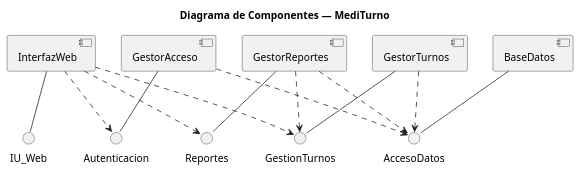
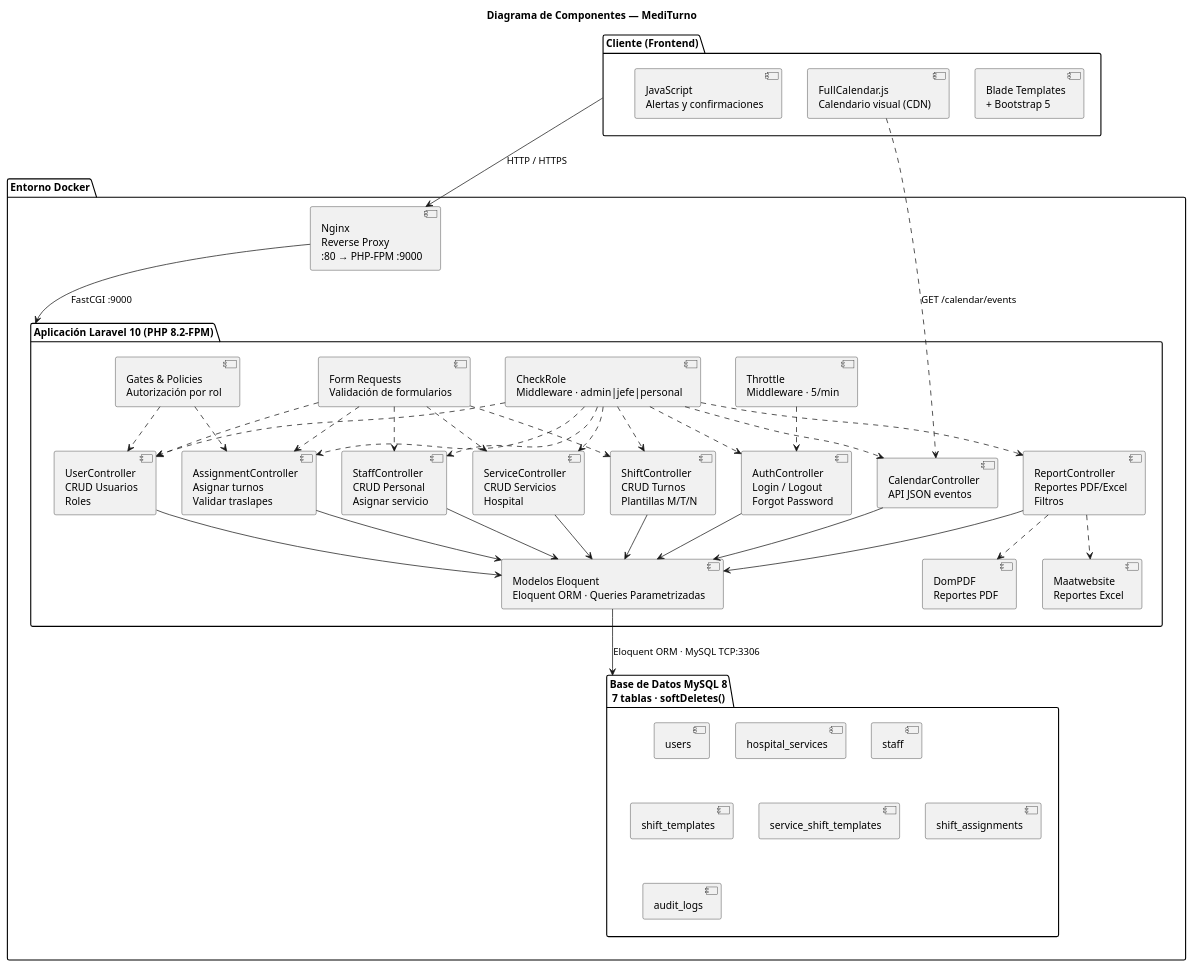
Before and after one commit to BladyLuna/MediTurno: the diagram in .ai/diagrams/01-general/04-component-plantuml.puml, drawn with PlantUML. The commit also changed 6 other files, not shown here.

First line of the commit message:
docs: redraw component diagram with detailed implementation view (Nginx/Docker/controllers)

```diff
--- a/.ai/diagrams/01-general/04-component-plantuml.puml
+++ b/.ai/diagrams/01-general/04-component-plantuml.puml
@@ -1,52 +1,117 @@
 @startuml
-' Evidence: .ai/analysis/system-overview/class-traceability.md; .ai/analysis/modules/*/08-models.md; .ai/knowledge-base/features.md; .ai/knowledge-base/decisions.md
-' Notación UML de componentes según consigna (Diagramas_de_Componentes.pptx, slide 7/8).
-' Componentes lógicos agrupados desde el diagrama de clases del dominio.
+' Evidence: .ai/diagrams/componentes/04-component-MediTurno.{html,svg,png,pdf} (versión gráfica detallada);
+'           .ai/analysis/system-overview/class-traceability.md; .ai/knowledge-base/features.md
+' Notación UML de componentes según consigna (Diagramas_de_Componentes.pptx).
+' Representación detallada de implementación: frontend, middleware, controladores, modelos y tablas.
 skinparam backgroundColor #FFFFFF
 skinparam shadowing false
 skinparam componentStyle uml2
 skinparam defaultFontName Helvetica
 skinparam componentArrowThickness 1
 title Diagrama de Componentes — MediTurno
 
 ' ─────────────────────────────────────────────────────────
-' COMPONENTES LÓGICOS DEL DOMINIO
+' CLIENTE (FRONTEND) — componente lógico InterfazWeb
 ' ─────────────────────────────────────────────────────────
-[InterfazWeb] as web
-[GestorAcceso] as acceso
-[GestorTurnos] as turnos
-[GestorReportes] as reportes
-[BaseDatos] as db
+package "Cliente (Frontend)" as frontend {
+  component "Blade Templates\n+ Bootstrap 5" as blade
+  component "FullCalendar.js\nCalendario visual (CDN)" as fullcalendar
+  component "JavaScript\nAlertas y confirmaciones" as js
+}
 
 ' ─────────────────────────────────────────────────────────
-' INTERFACES PROVISTAS
+' INFRAESTRUCTURA DOCKER
 ' ─────────────────────────────────────────────────────────
-() "IU_Web" as iu_web
-() "Autenticacion" as auth_api
-() "GestionTurnos" as turnos_api
-() "Reportes" as reportes_api
-() "AccesoDatos" as db_api
+package "Entorno Docker" as docker_env {
+
+  ' --- Reverse proxy ---
+  component "Nginx\nReverse Proxy\n:80 → PHP-FPM :9000" as nginx
+
+  ' --- Aplicación Laravel ---
+  package "Aplicación Laravel 10 (PHP 8.2-FPM)" as laravel {
+
+    ' Controladores (lógica HTTP)
+    component "AuthController\nLogin / Logout\nForgot Password" as auth_ctrl
+    component "UserController\nCRUD Usuarios\nRoles" as user_ctrl
+    component "ServiceController\nCRUD Servicios\nHospital" as svc_ctrl
+    component "StaffController\nCRUD Personal\nAsignar servicio" as staff_ctrl
+    component "ShiftController\nCRUD Turnos\nPlantillas M/T/N" as shift_ctrl
+    component "AssignmentController\nAsignar turnos\nValidar traslapes" as assign_ctrl
+    component "CalendarController\nAPI JSON eventos" as cal_ctrl
+    component "ReportController\nReportes PDF/Excel\nFiltros" as rep_ctrl
+
+    ' Librerías externas
+    component "DomPDF\nReportes PDF" as dompdf
+    component "Maatwebsite\nReportes Excel" as maat
+
+    ' Seguridad transversal
+    component "CheckRole\nMiddleware · admin|jefe|personal" as checkrole
+    component "Throttle\nMiddleware · 5/min" as throttle
+    component "Gates & Policies\nAutorización por rol" as gates
+    component "Form Requests\nValidación de formularios" as formreq
+
+    ' Acceso a datos
+    component "Modelos Eloquent\nEloquent ORM · Queries Parametrizadas" as models
+  }
+
+  ' --- Base de datos ---
+  package "Base de Datos MySQL 8\n7 tablas · softDeletes()" as mysql {
+    component "users" as t_users
+    component "hospital_services" as t_services
+    component "staff" as t_staff
+    component "shift_templates" as t_shift_tpl
+    component "service_shift_templates" as t_svc_shift_tpl
+    component "shift_assignments" as t_shift_assign
+    component "audit_logs" as t_audit
+  }
+}
 
 ' ─────────────────────────────────────────────────────────
-' CONEXIÓN COMPONENTE → INTERFAZ PROVISTA (línea sólida)
+' CONEXIONES
 ' ─────────────────────────────────────────────────────────
-web -- iu_web
-acceso -- auth_api
-turnos -- turnos_api
-reportes -- reportes_api
-db -- db_api
 
-' ─────────────────────────────────────────────────────────
-' DEPENDENCIAS (línea punteada: componente requiere interfaz)
-' ─────────────────────────────────────────────────────────
-web ..> auth_api
-web ..> turnos_api
-web ..> reportes_api
+' Comunicación HTTP/HTTPS: cliente → Nginx
+frontend --> nginx : HTTP / HTTPS
 
-acceso ..> db_api
-turnos ..> db_api
-reportes ..> db_api
+' Nginx → Laravel por FastCGI
+nginx --> laravel : FastCGI :9000
 
-reportes ..> turnos_api
+' Endpoint JSON del calendario
+fullcalendar ..> cal_ctrl : GET /calendar/events
+
+' Controladores → Modelos (Eloquent ORM)
+auth_ctrl --> models
+user_ctrl --> models
+svc_ctrl --> models
+staff_ctrl --> models
+shift_ctrl --> models
+assign_ctrl --> models
+cal_ctrl --> models
+rep_ctrl --> models
+
+' Reportes → librerías externas
+rep_ctrl ..> dompdf
+rep_ctrl ..> maat
+
+' Modelos → Base de datos
+models --> mysql : Eloquent ORM · MySQL TCP:3306
+
+' Seguridad transversal (dependencias punteadas)
+checkrole ..> auth_ctrl
+checkrole ..> user_ctrl
+checkrole ..> svc_ctrl
+checkrole ..> staff_ctrl
+checkrole ..> shift_ctrl
+checkrole ..> assign_ctrl
+checkrole ..> cal_ctrl
+checkrole ..> rep_ctrl
+throttle ..> auth_ctrl
+gates ..> user_ctrl
+gates ..> assign_ctrl
+formreq ..> user_ctrl
+formreq ..> svc_ctrl
+formreq ..> staff_ctrl
+formreq ..> shift_ctrl
+formreq ..> assign_ctrl
 
 @enduml
```
